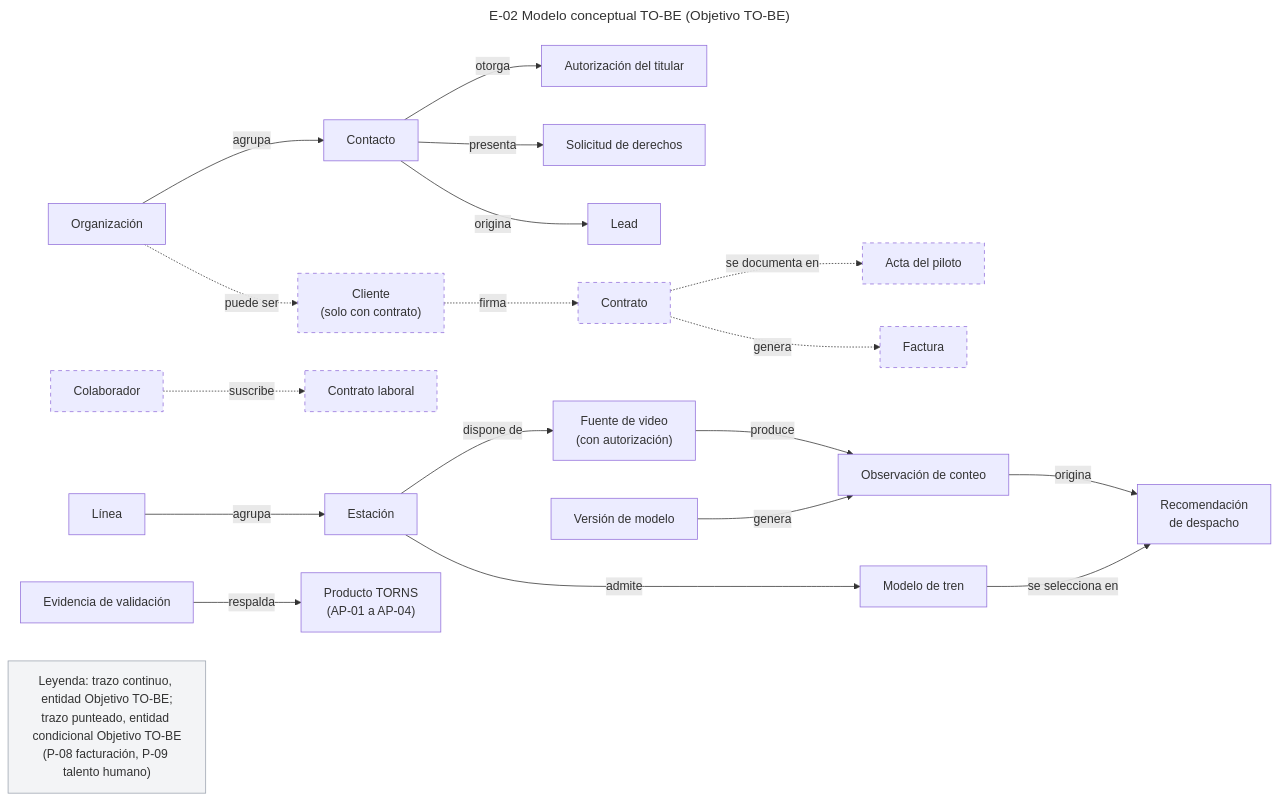
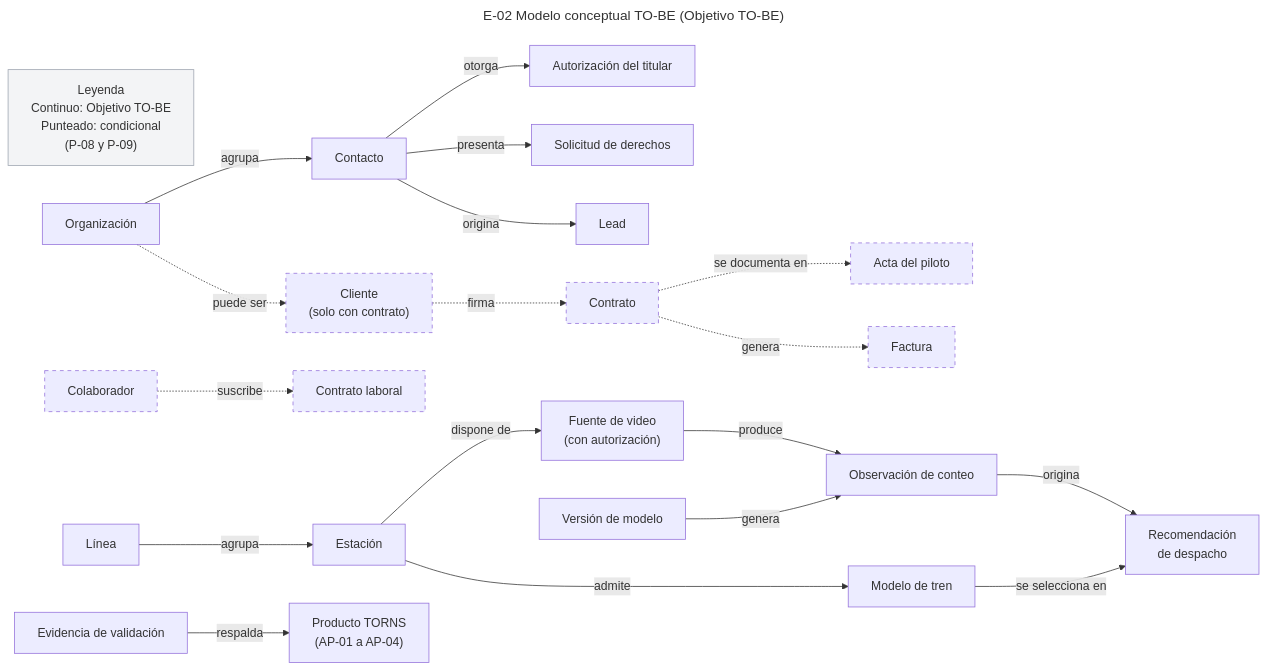
One commit to 5arSanti/tro-launcher changed the diagram in docs/ae-final-project/ondas/M2-datos/diagramas/E-02-conceptual-to-be.mmd. Above: the diagram before and after it, drawn with Mermaid. The commit also changed 1 other file, not shown here.

Commit message:
M2: C-1 y C-2, leyenda de E-02 (#12)

```diff
--- a/docs/ae-final-project/ondas/M2-datos/diagramas/E-02-conceptual-to-be.mmd
+++ b/docs/ae-final-project/ondas/M2-datos/diagramas/E-02-conceptual-to-be.mmd
@@ -1,49 +1,49 @@
 ---
 title: "E-02 Modelo conceptual TO-BE (Objetivo TO-BE)"
 ---
 flowchart LR
+    Leyenda["Leyenda<br/>Continuo: Objetivo TO-BE<br/>Punteado: condicional<br/>(P-08 y P-09)"]
     Organizacion["Organización"]
     Contacto["Contacto"]
     Autorizacion["Autorización del titular"]
     Solicitud["Solicitud de derechos"]
     Lead["Lead"]
     Cliente["Cliente<br/>(solo con contrato)"]
     Contrato["Contrato"]
     Acta["Acta del piloto"]
     Factura["Factura"]
     Colaborador["Colaborador"]
     ContratoLab["Contrato laboral"]
     Linea["Línea"]
     Estacion["Estación"]
     Fuente["Fuente de video<br/>(con autorización)"]
     Observacion["Observación de conteo"]
     Version["Versión de modelo"]
     ModeloTren["Modelo de tren"]
     Recom["Recomendación<br/>de despacho"]
     Evidencia["Evidencia de validación"]
     Producto["Producto TORNS<br/>(AP-01 a AP-04)"]
     Organizacion -->|"agrupa"| Contacto
     Contacto -->|"otorga"| Autorizacion
     Contacto -->|"presenta"| Solicitud
     Contacto -->|"origina"| Lead
     Organizacion -.->|"puede ser"| Cliente
     Cliente -.->|"firma"| Contrato
     Contrato -.->|"genera"| Factura
     Contrato -.->|"se documenta en"| Acta
     Colaborador -.->|"suscribe"| ContratoLab
     Linea -->|"agrupa"| Estacion
     Estacion -->|"dispone de"| Fuente
     Fuente -->|"produce"| Observacion
     Version -->|"genera"| Observacion
     Observacion -->|"origina"| Recom
     ModeloTren -->|"se selecciona en"| Recom
     Estacion -->|"admite"| ModeloTren
     Evidencia -->|"respalda"| Producto
     style Cliente stroke-dasharray: 5 5
     style Contrato stroke-dasharray: 5 5
     style Factura stroke-dasharray: 5 5
     style Colaborador stroke-dasharray: 5 5
     style ContratoLab stroke-dasharray: 5 5
-    Leyenda["Leyenda: trazo continuo, entidad Objetivo TO-BE;<br/>trazo punteado, entidad condicional Objetivo TO-BE<br/>(P-08 facturación, P-09 talento humano)"]
     style Acta stroke-dasharray: 5 5
     style Leyenda fill:#f3f4f6,stroke:#9ca3af
```
